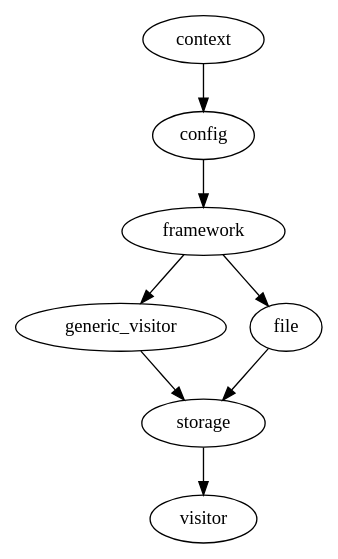
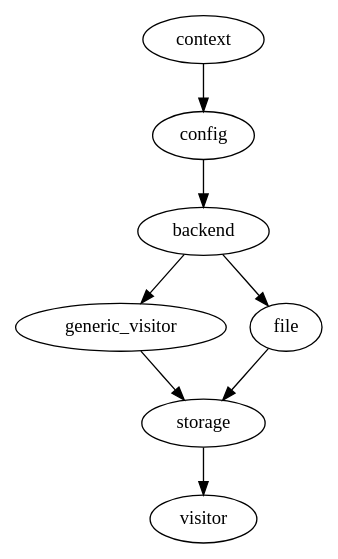
Before and after one commit to trailofbits/necessist: the diagram in docs/parsing.dot, drawn with Graphviz. The commit also changed 40 other files, not shown here.

Commit message:
`framework` -> `backend` in several places

```diff
--- a/docs/parsing.dot
+++ b/docs/parsing.dot
@@ -1,9 +1,9 @@
 digraph {
     context -> config;
-    config -> framework;
-    framework -> generic_visitor;
-    framework -> file;
+    config -> backend;
+    backend -> generic_visitor;
+    backend -> file;
     file -> storage;
     generic_visitor -> storage;
     storage -> visitor;
 }
```
